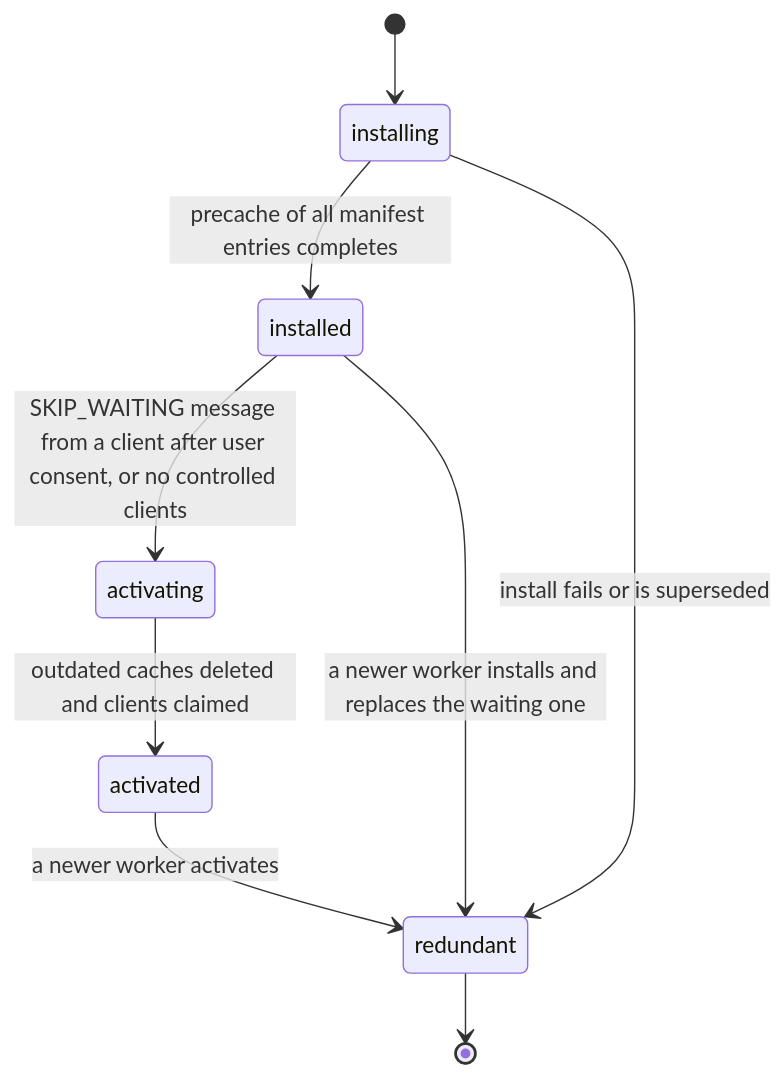
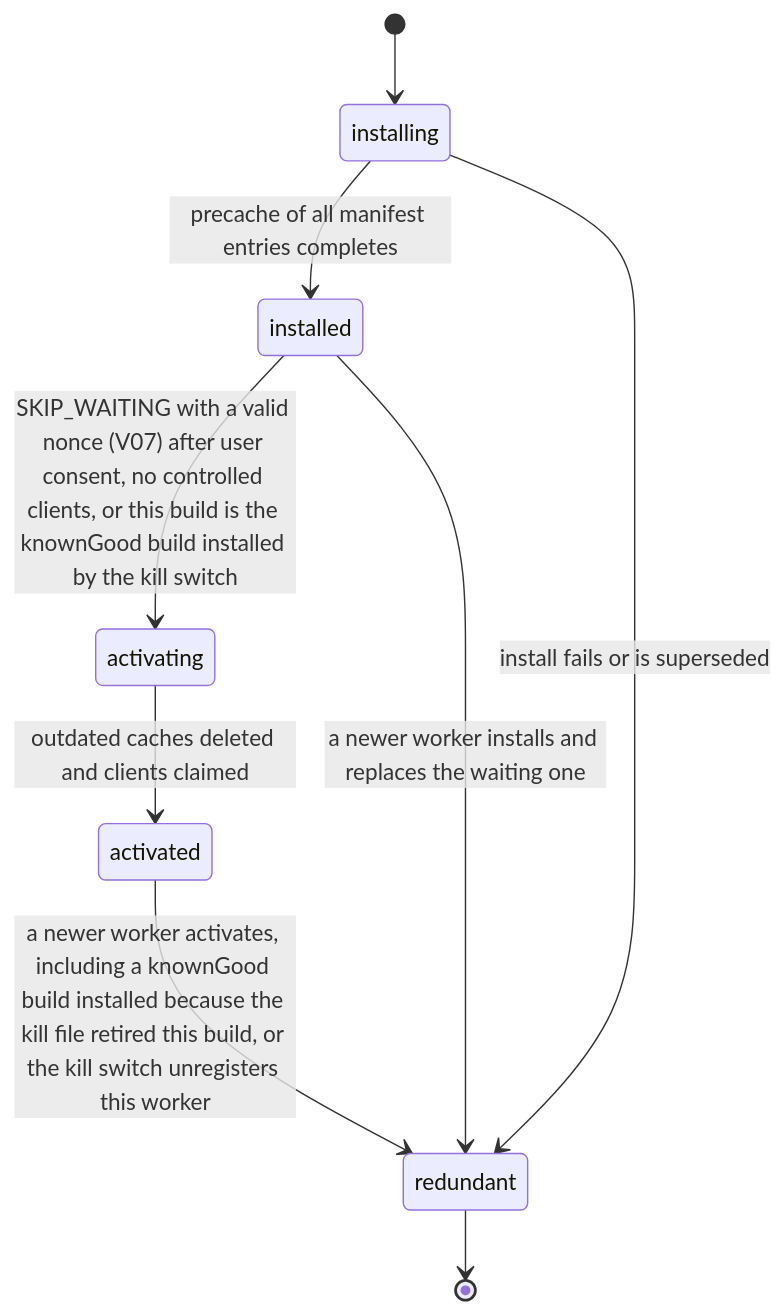
One commit to djshellshoxxx/CLASSifiedisRUPTed changed the diagram in 15_Platform/01_pwa/mod_cache/workflow_state_machine.md. Above: the diagram before and after it, drawn with Mermaid. The commit also changed other lines of this file and 108 other files, not shown here.

````diff
--- a/15_Platform/01_pwa/mod_cache/workflow_state_machine.md
+++ b/15_Platform/01_pwa/mod_cache/workflow_state_machine.md
@@ -28,11 +29,11 @@
 ```mermaid
 stateDiagram-v2
   [*] --> installing
   installing --> installed: precache of all manifest entries completes
-  installed --> activating: SKIP_WAITING message from a client after user consent, or no controlled clients
+  installed --> activating: SKIP_WAITING with a valid nonce (V07) after user consent, no controlled clients, or this build is the knownGood build installed by the kill switch
   activating --> activated: outdated caches deleted and clients claimed
-  activated --> redundant: a newer worker activates
+  activated --> redundant: a newer worker activates, including a knownGood build installed because the kill file retired this build, or the kill switch unregisters this worker
   installing --> redundant: install fails or is superseded
   installed --> redundant: a newer worker installs and replaces the waiting one
   redundant --> [*]
 ```
````
